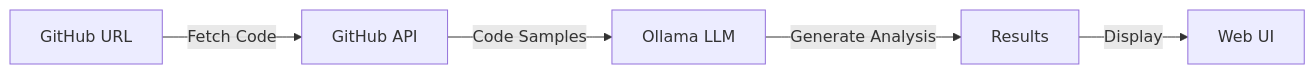
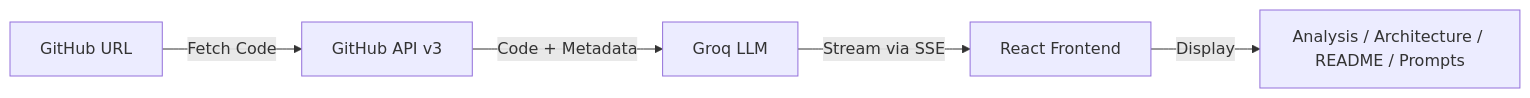
Before and after one commit to rishmi5h/smar-ai: the diagram in README.md, drawn with Mermaid. The commit also changed other lines of this file, not shown here.

````diff
--- a/README.md
+++ b/README.md
@@ -70,7 +63,7 @@
 ```mermaid
 graph LR
-    A[GitHub URL] -->|Fetch Code| B[GitHub API]
-    B -->|Code Samples| C[Ollama LLM]
-    C -->|Generate Analysis| D[Results]
-    D -->|Display| E[Web UI]
+    A[GitHub URL] -->|Fetch Code| B[GitHub API v3]
+    B -->|Code + Metadata| C[Groq LLM]
+    C -->|Stream via SSE| D[React Frontend]
+    D -->|Display| E[Analysis / Architecture / README / Prompts]
 ```
````
